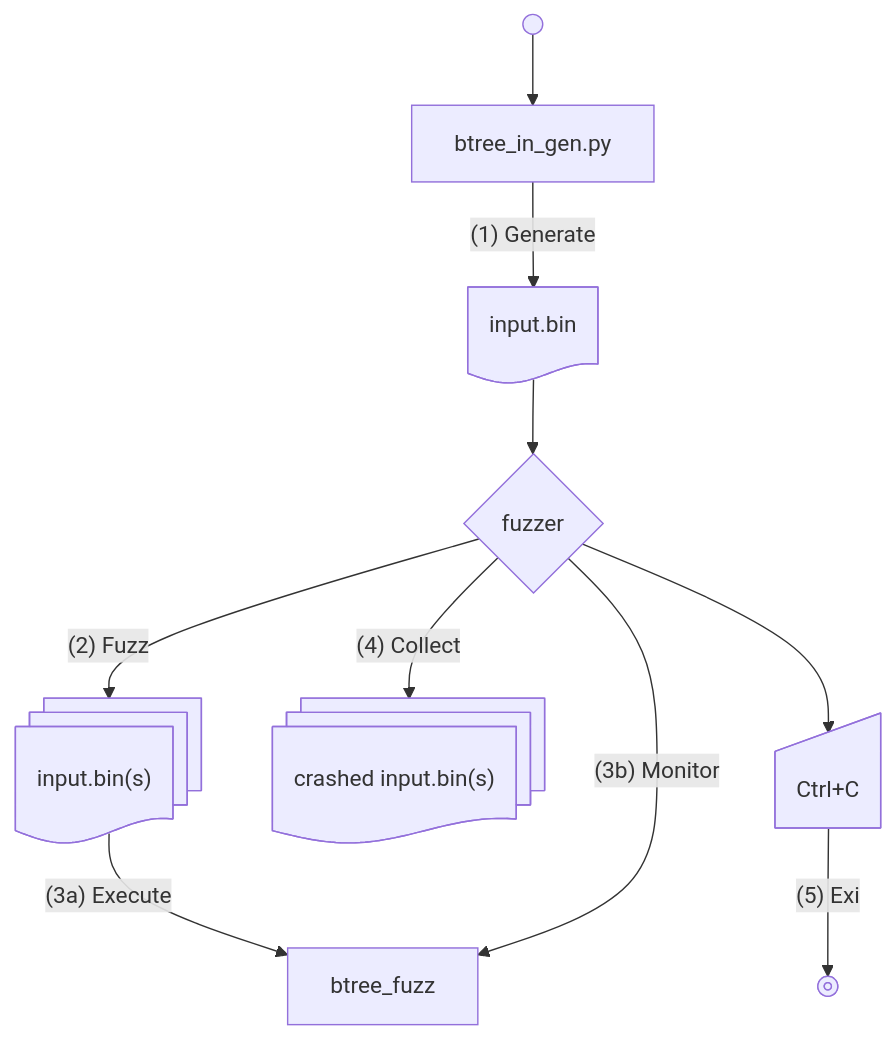
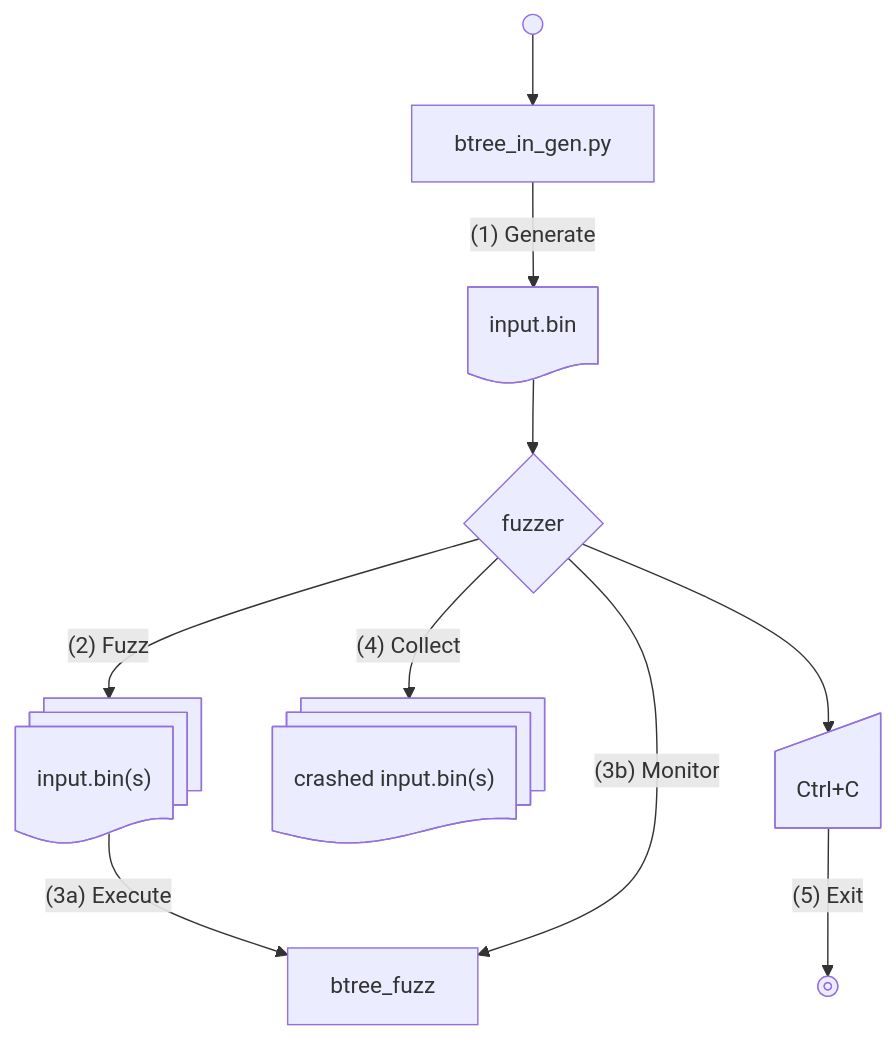
The diagram in src/common/tests/fuzz/README.md (janekmi/daos), drawn with Mermaid before and after one commit.

Commit message:
README missing "t"

````diff
--- a/src/common/tests/fuzz/README.md
+++ b/src/common/tests/fuzz/README.md
@@ -3,22 +3,22 @@
 ```mermaid
 flowchart TD
     %% nodes
     start@{ shape: start}
     gen@{ shape: proc, label: "btree_in_gen.py"}
     exe@{ shape: proc, label: "btree_fuzz"}
     input@{ shape: doc, label: "input.bin"}
     fuzzer@{ shape: diam, label: "fuzzer"}
     fuzzed@{ shape: docs, label: "input.bin(s)"}
     crashed@{ shape: docs, label: "crashed input.bin(s)"}
     ctrlc@{ shape: manual-input, label: "Ctrl+C"}
     stop@{ shape: stop}
 
     %% connections
     start --> gen -->|"(1) Generate"| input
     input --> fuzzer
     fuzzer -->|"(2) Fuzz"| fuzzed
     fuzzed --> |"(3a) Execute"| exe
     fuzzer --> |"(3b) Monitor"| exe
     fuzzer --> |"(4) Collect"| crashed
-    fuzzer --> ctrlc --> |"(5) Exi"| stop
+    fuzzer --> ctrlc --> |"(5) Exit"| stop
 ```
````
